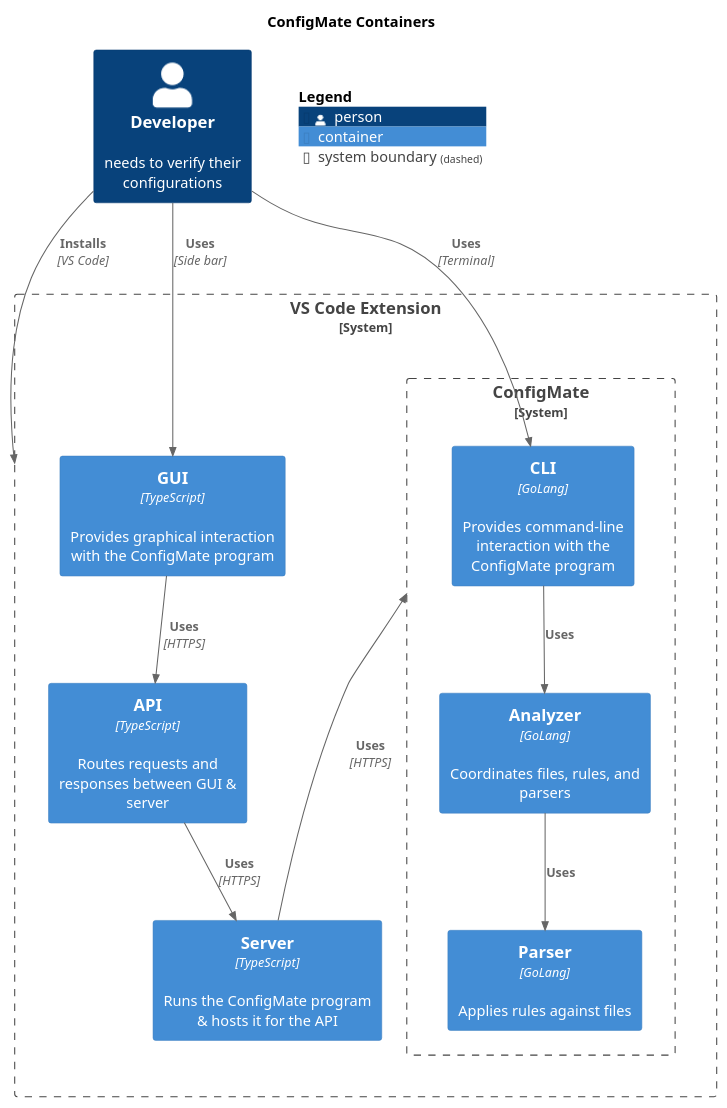
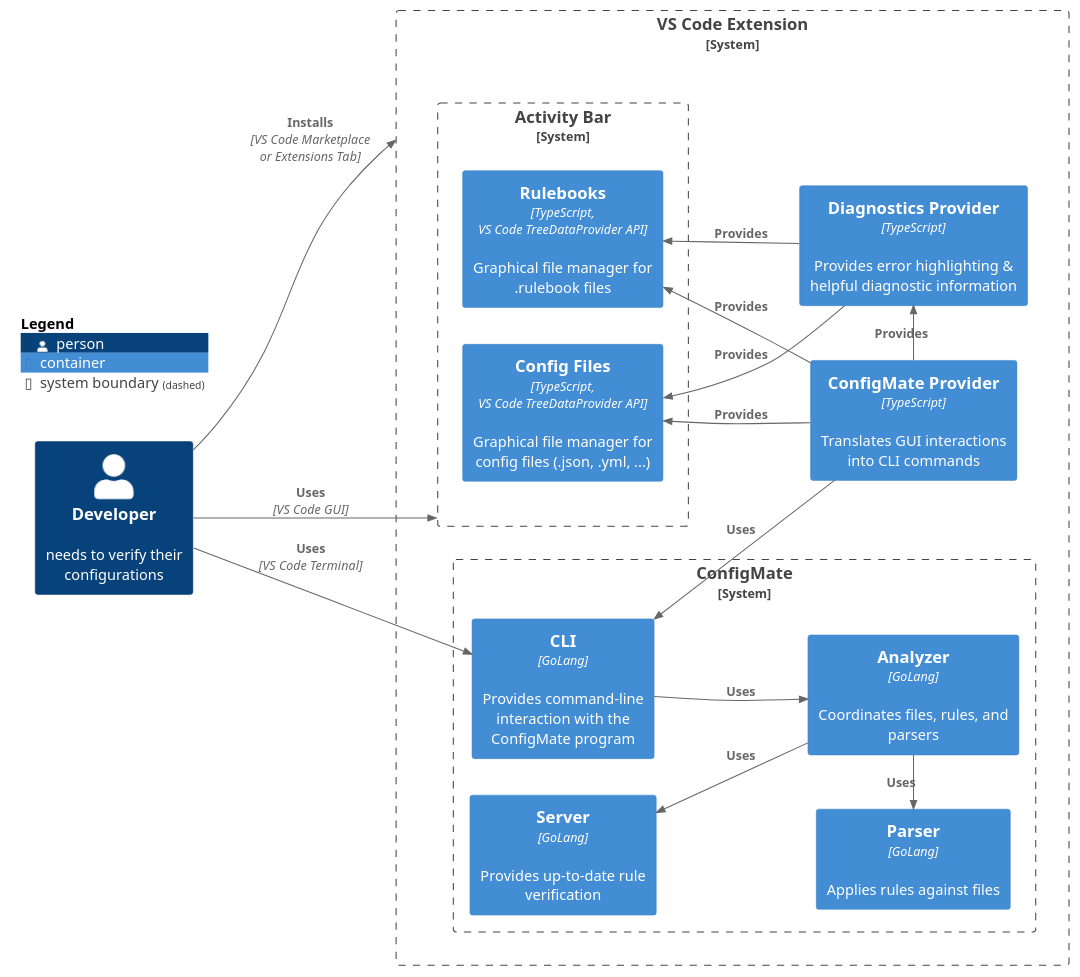
One commit to ConfigMate/configmate-gui changed the diagram in diagrams/src/c4.plantuml. Above: the diagram before and after it, drawn with PlantUML. The commit also changed 4 other files, not shown here.

Commit message:
interfaces & rulebookManager

```diff
--- a/diagrams/src/c4.plantuml
+++ b/diagrams/src/c4.plantuml
@@ -1,27 +1,38 @@
 @startuml c4
 !include  https://raw.githubusercontent.com/plantuml-stdlib/C4-PlantUML/master/C4_Container.puml
 
-title ConfigMate Containers
+LAYOUT_LANDSCAPE()
 
 Person(user, "Developer", "needs to verify their configurations")
 System_Boundary(extension, "VS Code Extension") {
-	Container(gui, "GUI", "TypeScript", "Provides graphical interaction with the ConfigMate program")
-	Container(api, "API", "TypeScript", "Routes requests and responses between GUI & server")
-	Container(server, "Server", "TypeScript", "Runs the ConfigMate program & hosts it for the API")
+	System_Boundary(gui, "Activity Bar") {
+		Container(rulebooks, "Rulebooks", "TypeScript,\nVS Code TreeDataProvider API", "Graphical file manager for .rulebook files")
+		Container(configFiles, "Config Files", "TypeScript,\nVS Code TreeDataProvider API", "Graphical file manager for config files (.json, .yml, ...)")
+	}
+	Container(configmateProvider, "ConfigMate Provider", "TypeScript", "Translates GUI interactions into CLI commands")
+	Container(diagnosticsProvider, "Diagnostics Provider", "TypeScript", "Provides error highlighting & helpful diagnostic information")
 	System_Boundary(configmate, "ConfigMate") {
 		Container(cli, "CLI", "GoLang", "Provides command-line interaction with the ConfigMate program")
 		Container(analyzer, "Analyzer", "GoLang", "Coordinates files, rules, and parsers")
 		Container(parser, "Parser", "GoLang", "Applies rules against files")
+		Container(server, "Server", "GoLang", "Provides up-to-date rule verification")
 	}
 }
-Rel(user, extension, "Installs", "VS Code")
-Rel(gui, api, "Uses", "HTTPS")
-Rel(api, server, "Uses", "HTTPS")
-Rel_U(server, configmate, "Uses", "HTTPS")
-Rel(user, gui, "Uses", "Side bar")
-Rel(user, cli, "Uses", "Terminal")
+Rel(user, extension, "Installs", "VS Code Marketplace\nor Extensions Tab")
+Rel(user, gui, "Uses", "VS Code GUI")
+Rel(user, cli, "Uses", "VS Code Terminal")
+
+Rel_L(configmateProvider, cli, "Uses")
+Rel_U(configmateProvider, rulebooks, "Provides")
+Rel_U(configmateProvider, configFiles, "Provides")
+
+Rel_U(configmateProvider, diagnosticsProvider, "Provides")
+Rel_L(diagnosticsProvider, rulebooks, "Provides")
+Rel_L(diagnosticsProvider, configFiles, "Provides")
+
 Rel(cli, analyzer, "Uses")
-Rel(analyzer, parser, "Uses")
-Lay_Distance(cli,server,1)
+Rel_U(analyzer, parser, "Uses")
+Rel_L(analyzer, server, "Uses")
+
 SHOW_FLOATING_LEGEND()
 @enduml
```
